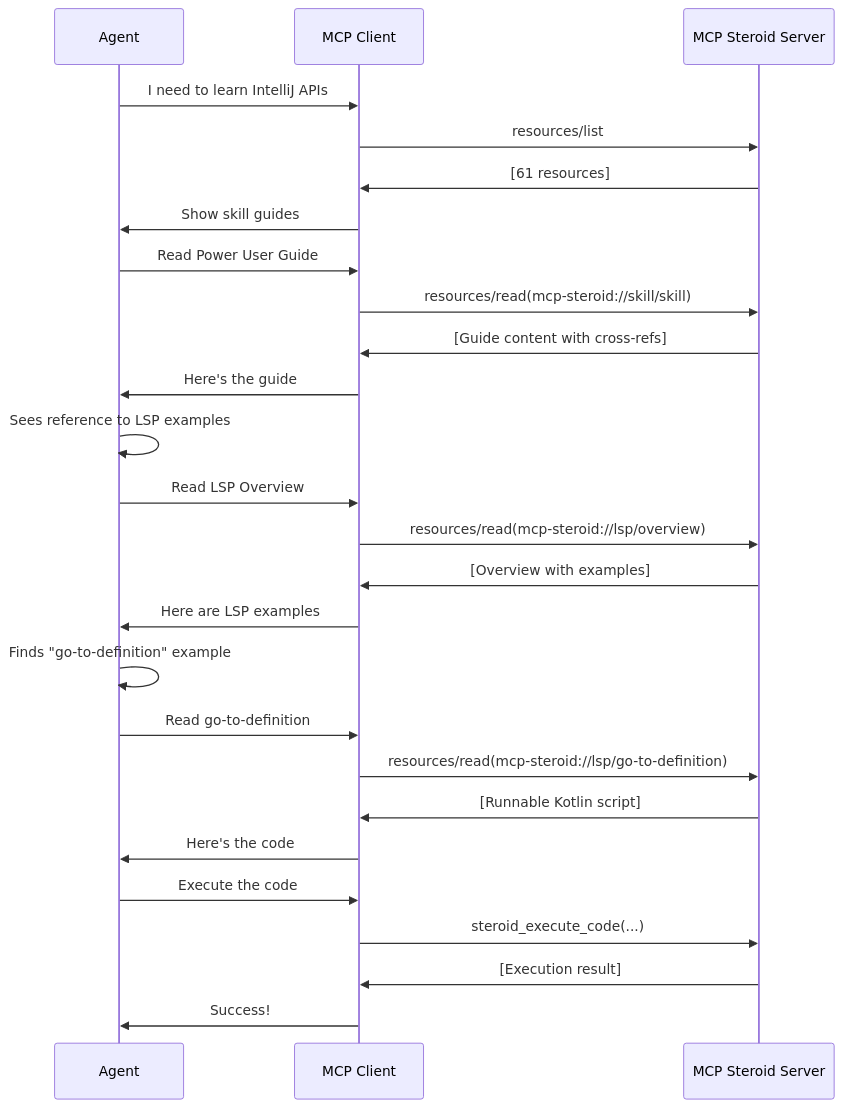
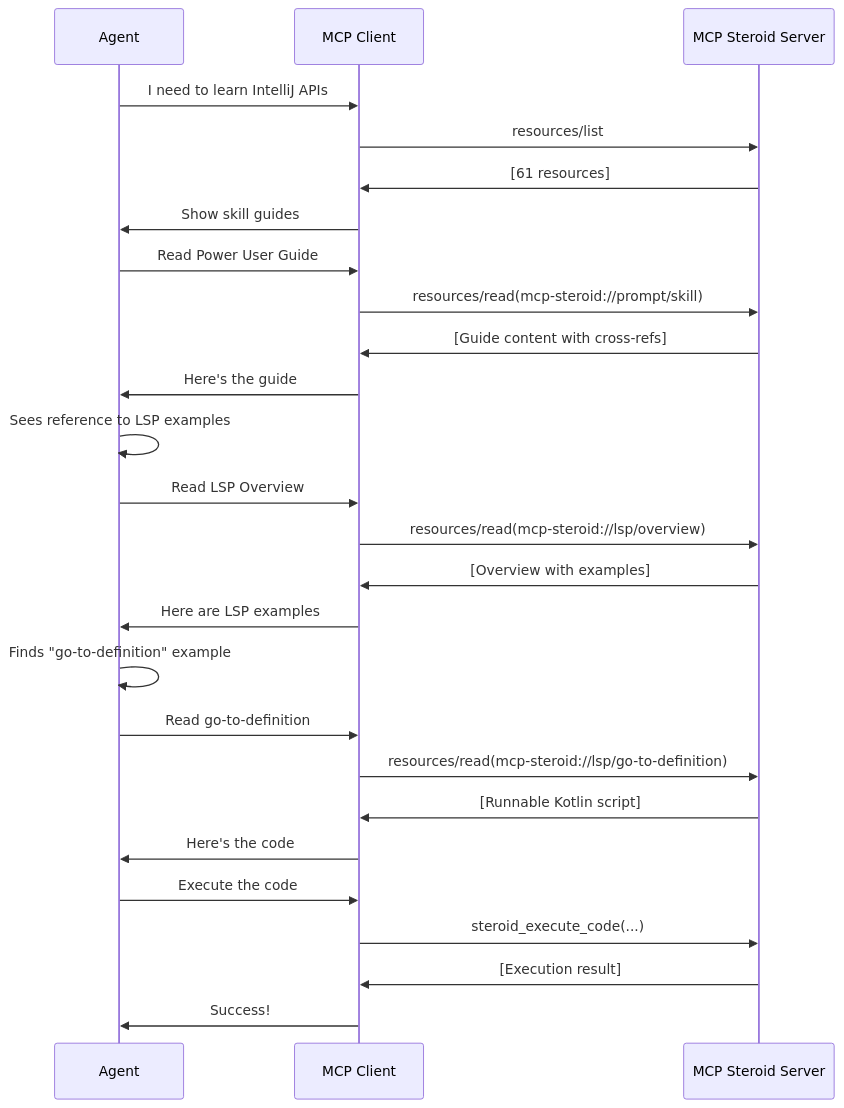
The third of 3 diagrams in docs/resource-graph.md (NordCoderd/mcp-steroid), drawn with Mermaid before and after one commit. The commit also changed other lines of this file and 2 other files, not shown here.

First line of the commit message:
refactor: update stale skill/ URIs to prompt/ after moving articles

````diff
--- a/docs/resource-graph.md
+++ b/docs/resource-graph.md
@@ -299,33 +299,33 @@
 ```mermaid
 sequenceDiagram
     participant Agent
     participant MCP as MCP Client
     participant Server as MCP Steroid Server
 
     Agent->>MCP: I need to learn IntelliJ APIs
     MCP->>Server: resources/list
     Server->>MCP: [61 resources]
     MCP->>Agent: Show skill guides
 
     Agent->>MCP: Read Power User Guide
-    MCP->>Server: resources/read(mcp-steroid://skill/skill)
+    MCP->>Server: resources/read(mcp-steroid://prompt/skill)
     Server->>MCP: [Guide content with cross-refs]
     MCP->>Agent: Here's the guide
 
     Agent->>Agent: Sees reference to LSP examples
     Agent->>MCP: Read LSP Overview
     MCP->>Server: resources/read(mcp-steroid://lsp/overview)
     Server->>MCP: [Overview with examples]
     MCP->>Agent: Here are LSP examples
 
     Agent->>Agent: Finds "go-to-definition" example
     Agent->>MCP: Read go-to-definition
     MCP->>Server: resources/read(mcp-steroid://lsp/go-to-definition)
     Server->>MCP: [Runnable Kotlin script]
     MCP->>Agent: Here's the code
 
     Agent->>MCP: Execute the code
     MCP->>Server: steroid_execute_code(...)
     Server->>MCP: [Execution result]
     MCP->>Agent: Success!
 ```
````
